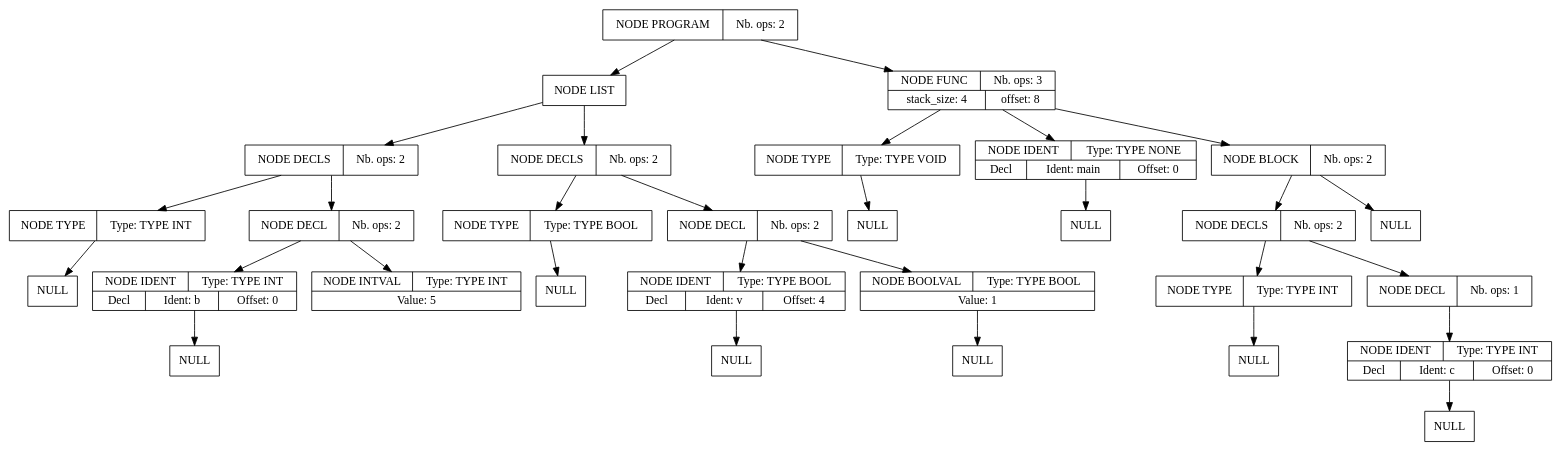
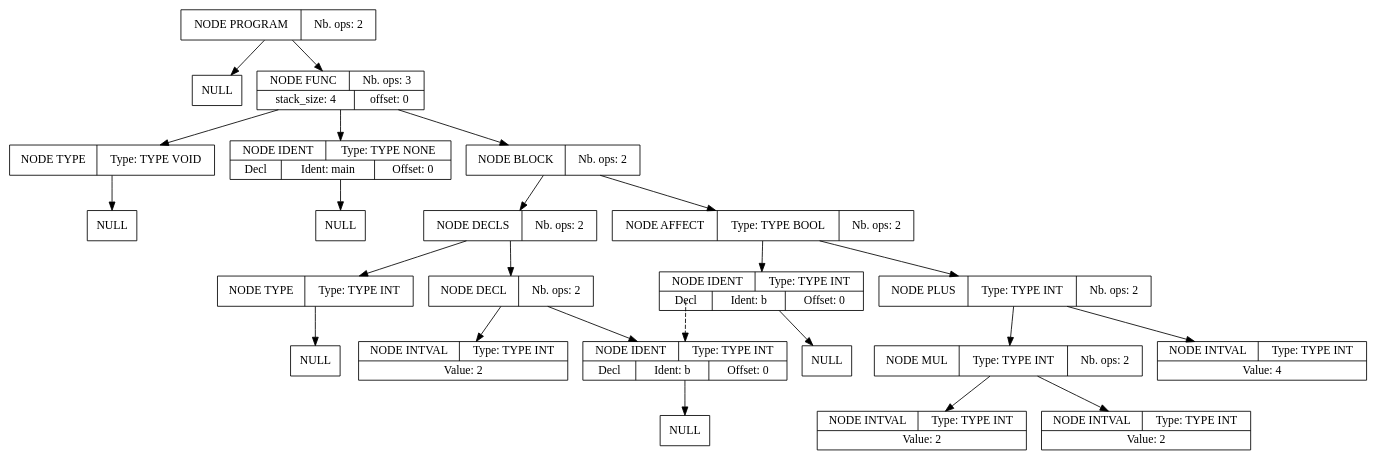
Before and after one commit to Harian-Elyoth/CompilateurMiniC: the diagram in src/post_pass1.dot, drawn with Graphviz. The commit also changed 26 other files, not shown here.

```diff
--- a/src/post_pass1.dot
+++ b/src/post_pass1.dot
@@ -1,90 +1,71 @@
 digraph global_vars {
     N1 [shape=record, label="{{NODE PROGRAM|Nb. ops: 2}}"];
-    N2 [shape=record, label="{{NODE LIST}}"];
-    N3 [shape=record, label="{{NODE DECLS|Nb. ops: 2}}"];
-    N4 [shape=record, label="{{NODE TYPE|Type: TYPE INT}}"];
+    N2 [shape=record, label="{{NULL}}"];
+    edge[tailclip=true];
+    N1 -> N2
+    N3 [shape=record, label="{{NODE FUNC|Nb. ops: 3}|{stack_size: 4|offset: 0}}"];
+    N4 [shape=record, label="{{NODE TYPE|Type: TYPE VOID}}"];
     N5 [shape=record, label="{{NULL}}"];
     edge[tailclip=true];
     N4 -> N5
     edge[tailclip=true];
     N3 -> N4
-    N6 [shape=record, label="{{NODE DECL|Nb. ops: 2}}"];
-    N7 [shape=record, label="{{NODE IDENT|Type: TYPE INT}|{<decl>Decl      |Ident: b|Offset: 0}}"];
-    N8 [shape=record, label="{{NULL}}"];
-    edge[tailclip=true];
-    N7 -> N8
+    N6 [shape=record, label="{{NODE IDENT|Type: TYPE NONE}|{<decl>Decl      |Ident: main|Offset: 0}}"];
+    N7 [shape=record, label="{{NULL}}"];
     edge[tailclip=true];
     N6 -> N7
-    N9 [shape=record, label="{{NODE INTVAL|Type: TYPE INT}|{Value: 5}}"];
-    edge[tailclip=true];
-    N6 -> N9
     edge[tailclip=true];
     N3 -> N6
-    edge[tailclip=true];
-    N2 -> N3
-    N10 [shape=record, label="{{NODE DECLS|Nb. ops: 2}}"];
-    N11 [shape=record, label="{{NODE TYPE|Type: TYPE BOOL}}"];
-    N12 [shape=record, label="{{NULL}}"];
-    edge[tailclip=true];
-    N11 -> N12
+    N8 [shape=record, label="{{NODE BLOCK|Nb. ops: 2}}"];
+    N9 [shape=record, label="{{NODE DECLS|Nb. ops: 2}}"];
+    N10 [shape=record, label="{{NODE TYPE|Type: TYPE INT}}"];
+    N11 [shape=record, label="{{NULL}}"];
     edge[tailclip=true];
     N10 -> N11
-    N13 [shape=record, label="{{NODE DECL|Nb. ops: 2}}"];
-    N14 [shape=record, label="{{NODE IDENT|Type: TYPE BOOL}|{<decl>Decl      |Ident: v|Offset: 4}}"];
-    N15 [shape=record, label="{{NULL}}"];
     edge[tailclip=true];
-    N14 -> N15
+    N9 -> N10
+    N12 [shape=record, label="{{NODE DECL|Nb. ops: 2}}"];
+    N13 [shape=record, label="{{NODE IDENT|Type: TYPE INT}|{<decl>Decl      |Ident: b|Offset: 0}}"];
+    N14 [shape=record, label="{{NULL}}"];
     edge[tailclip=true];
     N13 -> N14
-    N16 [shape=record, label="{{NODE BOOLVAL|Type: TYPE BOOL}|{Value: 1}}"];
-    N17 [shape=record, label="{{NULL}}"];
+    edge[tailclip=true];
+    N12 -> N13
+    N15 [shape=record, label="{{NODE INTVAL|Type: TYPE INT}|{Value: 2}}"];
+    edge[tailclip=true];
+    N12 -> N15
+    edge[tailclip=true];
+    N9 -> N12
+    edge[tailclip=true];
+    N8 -> N9
+    N16 [shape=record, label="{{NODE AFFECT|Type: TYPE BOOL|Nb. ops: 2}}"];
+    N17 [shape=record, label="{{NODE IDENT|Type: TYPE INT}|{<decl>Decl      |Ident: b|Offset: 0}}"];
+    edge[tailclip=false];
+    "N17":decl:c -> "N13" [style=dashed]
+    N18 [shape=record, label="{{NULL}}"];
+    edge[tailclip=true];
+    N17 -> N18
     edge[tailclip=true];
     N16 -> N17
+    N19 [shape=record, label="{{NODE PLUS|Type: TYPE INT|Nb. ops: 2}}"];
+    N20 [shape=record, label="{{NODE MUL|Type: TYPE INT|Nb. ops: 2}}"];
+    N21 [shape=record, label="{{NODE INTVAL|Type: TYPE INT}|{Value: 2}}"];
     edge[tailclip=true];
-    N13 -> N16
+    N20 -> N21
+    N22 [shape=record, label="{{NODE INTVAL|Type: TYPE INT}|{Value: 2}}"];
     edge[tailclip=true];
-    N10 -> N13
-    edge[tailclip=true];
-    N2 -> N10
-    edge[tailclip=true];
-    N1 -> N2
-    N18 [shape=record, label="{{NODE FUNC|Nb. ops: 3}|{stack_size: 4|offset: 8}}"];
-    N19 [shape=record, label="{{NODE TYPE|Type: TYPE VOID}}"];
-    N20 [shape=record, label="{{NULL}}"];
+    N20 -> N22
     edge[tailclip=true];
     N19 -> N20
+    N23 [shape=record, label="{{NODE INTVAL|Type: TYPE INT}|{Value: 4}}"];
     edge[tailclip=true];
-    N18 -> N19
-    N21 [shape=record, label="{{NODE IDENT|Type: TYPE NONE}|{<decl>Decl      |Ident: main|Offset: 0}}"];
-    N22 [shape=record, label="{{NULL}}"];
+    N19 -> N23
     edge[tailclip=true];
-    N21 -> N22
+    N16 -> N19
     edge[tailclip=true];
-    N18 -> N21
-    N23 [shape=record, label="{{NODE BLOCK|Nb. ops: 2}}"];
-    N24 [shape=record, label="{{NODE DECLS|Nb. ops: 2}}"];
-    N25 [shape=record, label="{{NODE TYPE|Type: TYPE INT}}"];
-    N26 [shape=record, label="{{NULL}}"];
+    N8 -> N16
     edge[tailclip=true];
-    N25 -> N26
+    N3 -> N8
     edge[tailclip=true];
-    N24 -> N25
-    N27 [shape=record, label="{{NODE DECL|Nb. ops: 1}}"];
-    N28 [shape=record, label="{{NODE IDENT|Type: TYPE INT}|{<decl>Decl      |Ident: c|Offset: 0}}"];
-    N29 [shape=record, label="{{NULL}}"];
-    edge[tailclip=true];
-    N28 -> N29
-    edge[tailclip=true];
-    N27 -> N28
-    edge[tailclip=true];
-    N24 -> N27
-    edge[tailclip=true];
-    N23 -> N24
-    N30 [shape=record, label="{{NULL}}"];
-    edge[tailclip=true];
-    N23 -> N30
-    edge[tailclip=true];
-    N18 -> N23
-    edge[tailclip=true];
-    N1 -> N18
+    N1 -> N3
 }
```
